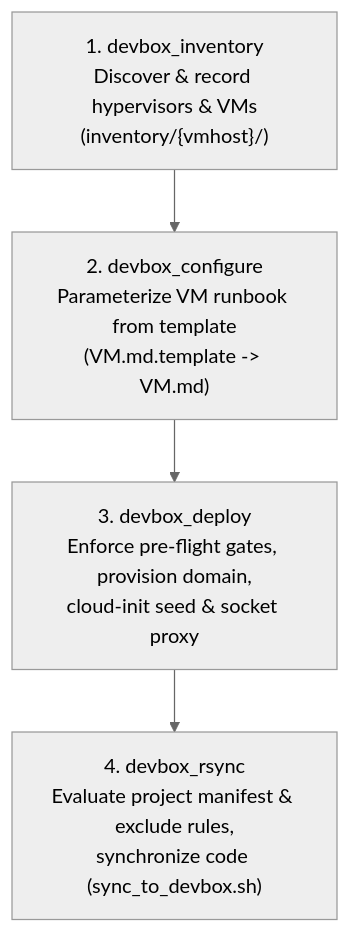
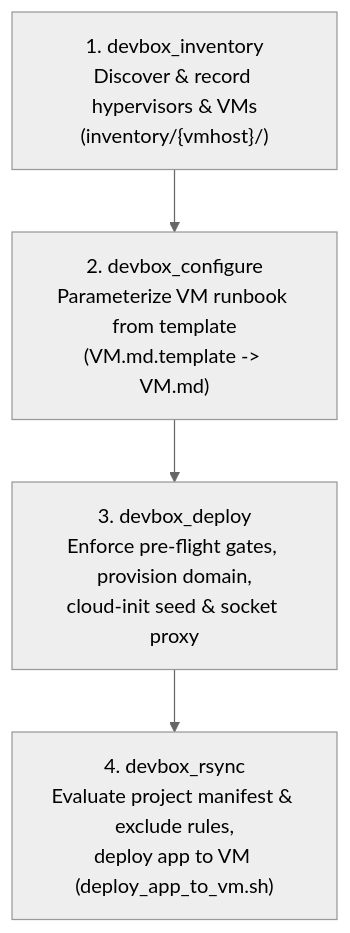
Before and after one commit to simplybarter/AirlockVM: the diagram in docs/ARCHITECTURE.md, drawn with Mermaid (neutral theme). The commit also changed other lines of this file and 14 other files, not shown here.

First line of the commit message:
feat: transition to deploy_app_to_vm.sh dispatcher and retire defaults.json

````diff
--- a/docs/ARCHITECTURE.md
+++ b/docs/ARCHITECTURE.md
@@ -64,6 +64,6 @@
 ```mermaid
 flowchart TD
     Inv["1. devbox_inventory<br/>Discover & record hypervisors & VMs<br/>(inventory/{vmhost}/)"] --> Conf["2. devbox_configure<br/>Parameterize VM runbook from template<br/>(VM.md.template -> VM.md)"]
     Conf --> Deploy["3. devbox_deploy<br/>Enforce pre-flight gates, provision domain,<br/>cloud-init seed & socket proxy"]
-    Deploy --> Rsync["4. devbox_rsync<br/>Evaluate project manifest & exclude rules,<br/>synchronize code (sync_to_devbox.sh)"]
+    Deploy --> Rsync["4. devbox_rsync<br/>Evaluate project manifest & exclude rules,<br/>deploy app to VM (deploy_app_to_vm.sh)"]
 ```
````
